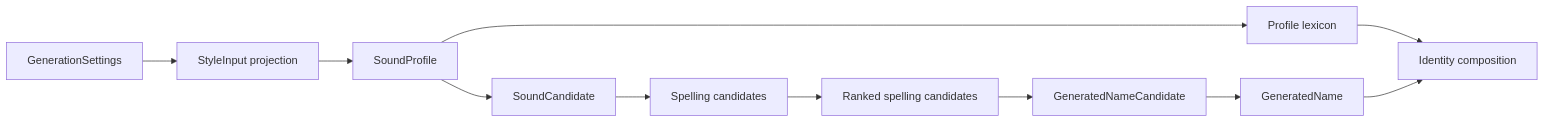
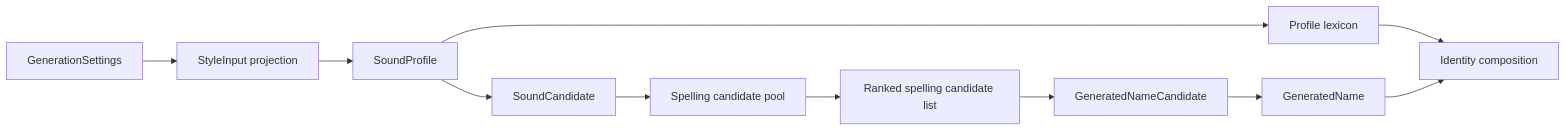
Before and after one commit to jaahay/name-forge: the diagram in docs/architecture.md, drawn with Mermaid. The commit also changed other lines of this file and 5 other files, not shown here.

````diff
--- a/docs/architecture.md
+++ b/docs/architecture.md
@@ -72,13 +72,13 @@
 ```mermaid
 flowchart LR
   A[GenerationSettings] --> B[StyleInput projection]
   B --> C[SoundProfile]
   C --> D[SoundCandidate]
-  D --> E[Spelling candidates]
-  E --> F[Ranked spelling candidates]
+  D --> E[Spelling candidate pool]
+  E --> F[Ranked spelling candidate list]
   F --> G[GeneratedNameCandidate]
   G --> H[GeneratedName]
   C --> I[Profile lexicon]
   I --> J[Identity composition]
   H --> J
 ```
````
